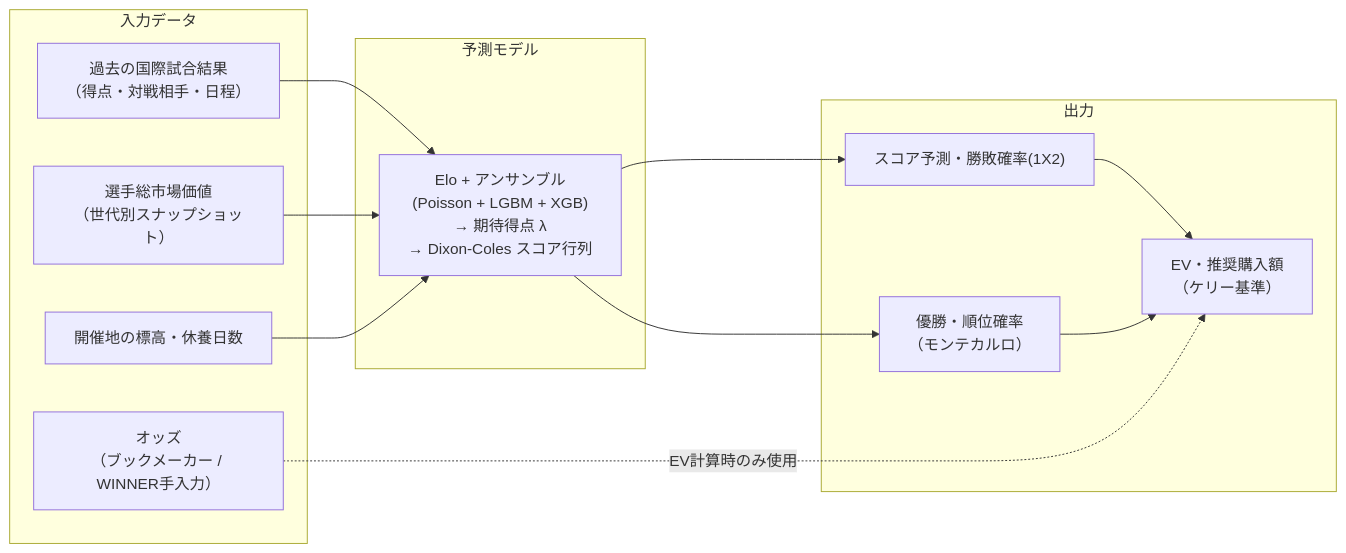
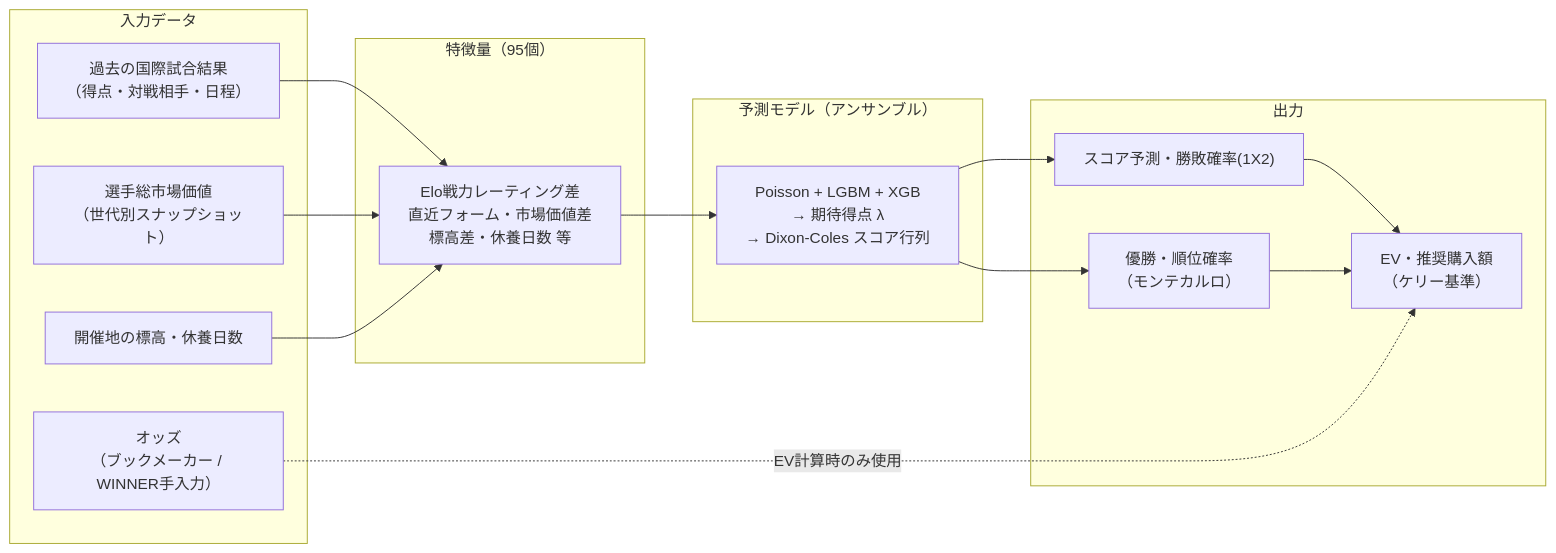
Before and after one commit to take4ff/wcup_winner: the first of 2 diagrams in README.md, drawn with Mermaid. The commit also changed other lines of this file, not shown here.

Commit message:
feat: Update prediction model flowchart and clarify feature usage in README

````diff
--- a/README.md
+++ b/README.md
@@ -211,25 +211,29 @@
 ```mermaid
 flowchart LR
     subgraph IN["入力データ"]
         I1["過去の国際試合結果<br/>（得点・対戦相手・日程）"]
         I2["選手総市場価値<br/>（世代別スナップショット）"]
         I3["開催地の標高・休養日数"]
         I4["オッズ<br/>（ブックメーカー / WINNER手入力）"]
     end
-    subgraph MODEL["予測モデル"]
-        M["Elo + アンサンブル<br/>(Poisson + LGBM + XGB)<br/>→ 期待得点 λ<br/>→ Dixon-Coles スコア行列"]
+    subgraph FEAT["特徴量（95個）"]
+        F["Elo戦力レーティング差<br/>直近フォーム・市場価値差<br/>標高差・休養日数 等"]
+    end
+    subgraph MODEL["予測モデル（アンサンブル）"]
+        M["Poisson + LGBM + XGB<br/>→ 期待得点 λ<br/>→ Dixon-Coles スコア行列"]
     end
     subgraph OUT["出力"]
         O1["スコア予測・勝敗確率(1X2)"]
         O2["優勝・順位確率<br/>（モンテカルロ）"]
         O3["EV・推奨購入額<br/>（ケリー基準）"]
     end
-    I1 --> M
-    I2 --> M
-    I3 --> M
+    I1 --> F
+    I2 --> F
+    I3 --> F
+    F --> M
     M --> O1
     M --> O2
     O1 --> O3
     O2 --> O3
     I4 -. EV計算時のみ使用 .-> O3
 ```
````
